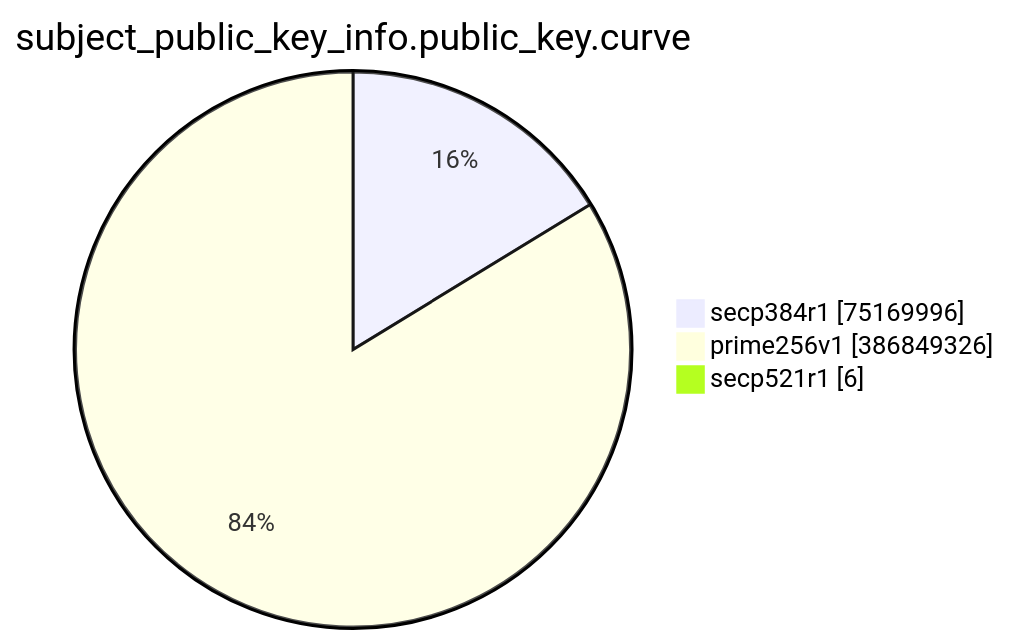
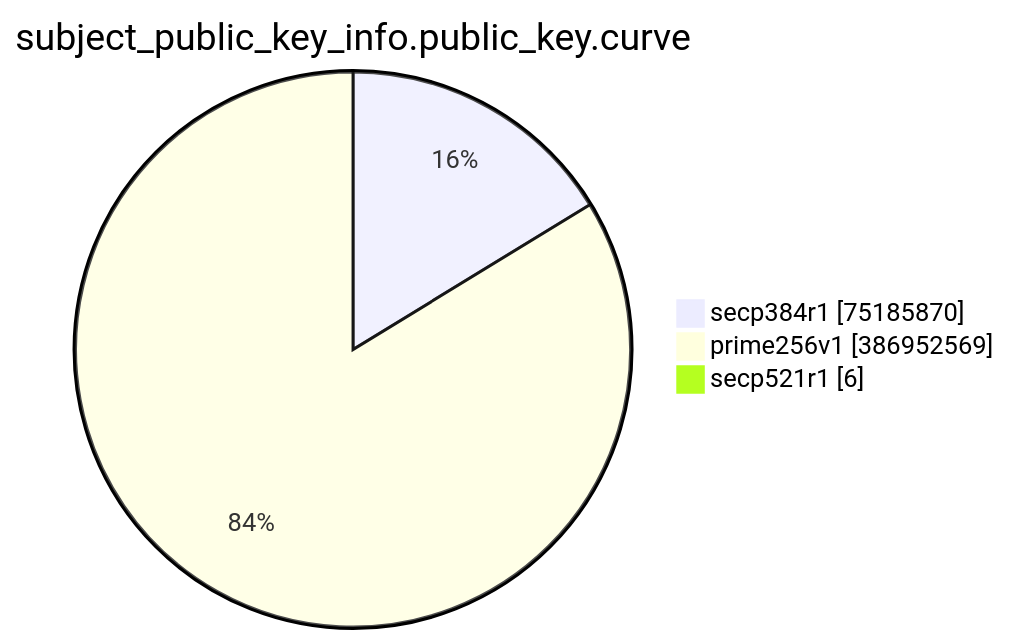
One commit to christiankrug/ctmonitor_visualization changed the eighth of 15 diagrams in TOTAL/README.md. Above: the diagram before and after it, drawn with Mermaid. The commit also changed other lines of this file, not shown here.

````diff
--- a/TOTAL/README.md
+++ b/TOTAL/README.md
@@ -3094,7 +3094,7 @@
 ```mermaid
 pie showData
 title subject_public_key_info.public_key.curve
-"secp384r1" :75169996
-"prime256v1" :386849326
+"secp384r1" :75185870
+"prime256v1" :386952569
 "secp521r1" :6
 ```
````
